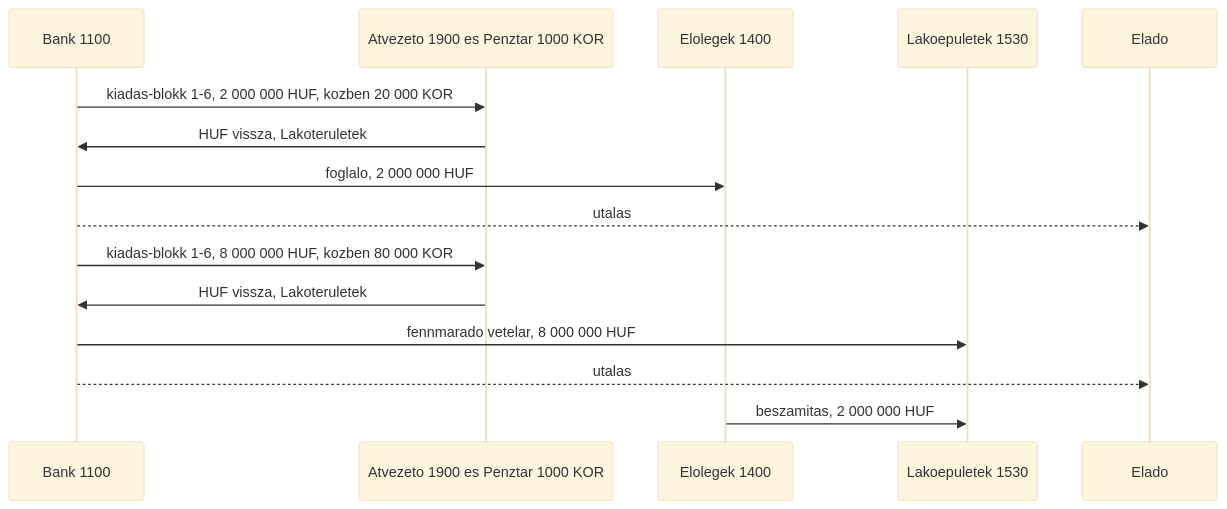
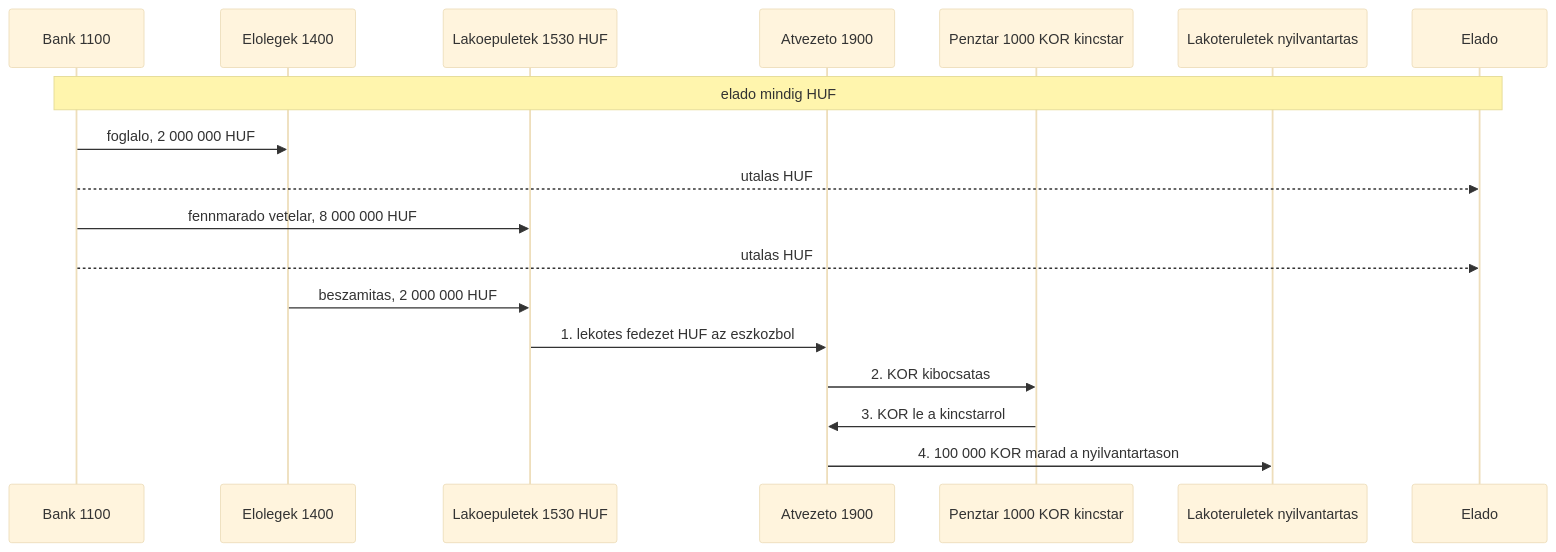
Before and after one commit to pitiboy/curr: the ninth of 15 diagrams in docs/transaction-workflow.md, drawn with Mermaid (base theme). The commit also changed other lines of this file and 31 other files, not shown here.

````diff
--- a/docs/transaction-workflow.md
+++ b/docs/transaction-workflow.md
@@ -456,18 +478,21 @@
 ```mermaid
 sequenceDiagram
   participant Bank as Bank 1100
-  participant Atv as Atvezeto 1900 es Penztar 1000 KOR
   participant Eloleg as Elolegek 1400
-  participant Haz as Lakoepuletek 1530
+  participant Haz as Lakoepuletek 1530 HUF
+  participant Atv as Atvezeto 1900
+  participant Kt as Penztar 1000 KOR kincstar
+  participant Nyilv as Lakoteruletek nyilvantartas
   participant Elado as Elado
 
-  Bank->>Atv: kiadas-blokk 1-6, 2 000 000 HUF, kozben 20 000 KOR
-  Atv->>Bank: HUF vissza, Lakoteruletek
+  Note over Bank,Elado: elado mindig HUF
   Bank->>Eloleg: foglalo, 2 000 000 HUF
-  Bank-->>Elado: utalas
-  Bank->>Atv: kiadas-blokk 1-6, 8 000 000 HUF, kozben 80 000 KOR
-  Atv->>Bank: HUF vissza, Lakoteruletek
+  Bank-->>Elado: utalas HUF
   Bank->>Haz: fennmarado vetelar, 8 000 000 HUF
-  Bank-->>Elado: utalas
+  Bank-->>Elado: utalas HUF
   Eloleg->>Haz: beszamitas, 2 000 000 HUF
+  Haz->>Atv: 1. lekotes fedezet HUF az eszkozbol
+  Atv->>Kt: 2. KOR kibocsatas
+  Kt->>Atv: 3. KOR le a kincstarrol
+  Atv->>Nyilv: 4. 100 000 KOR marad a nyilvantartason
 ```
````
